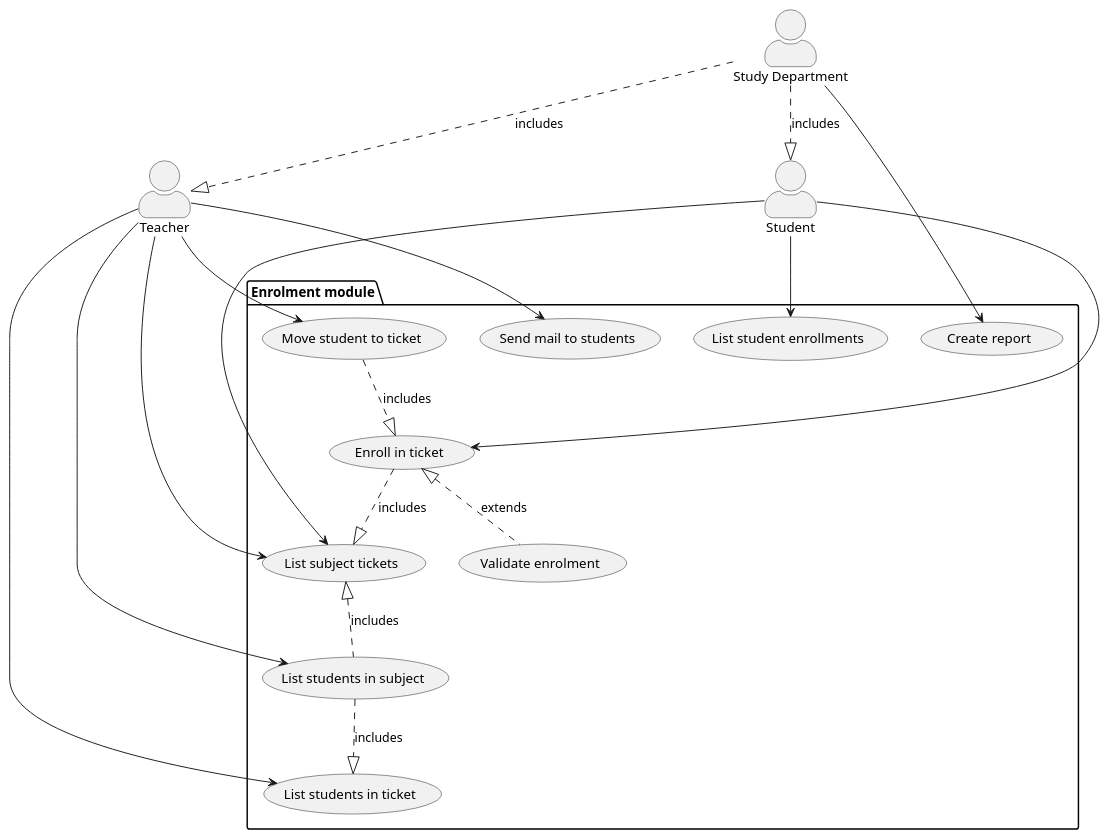
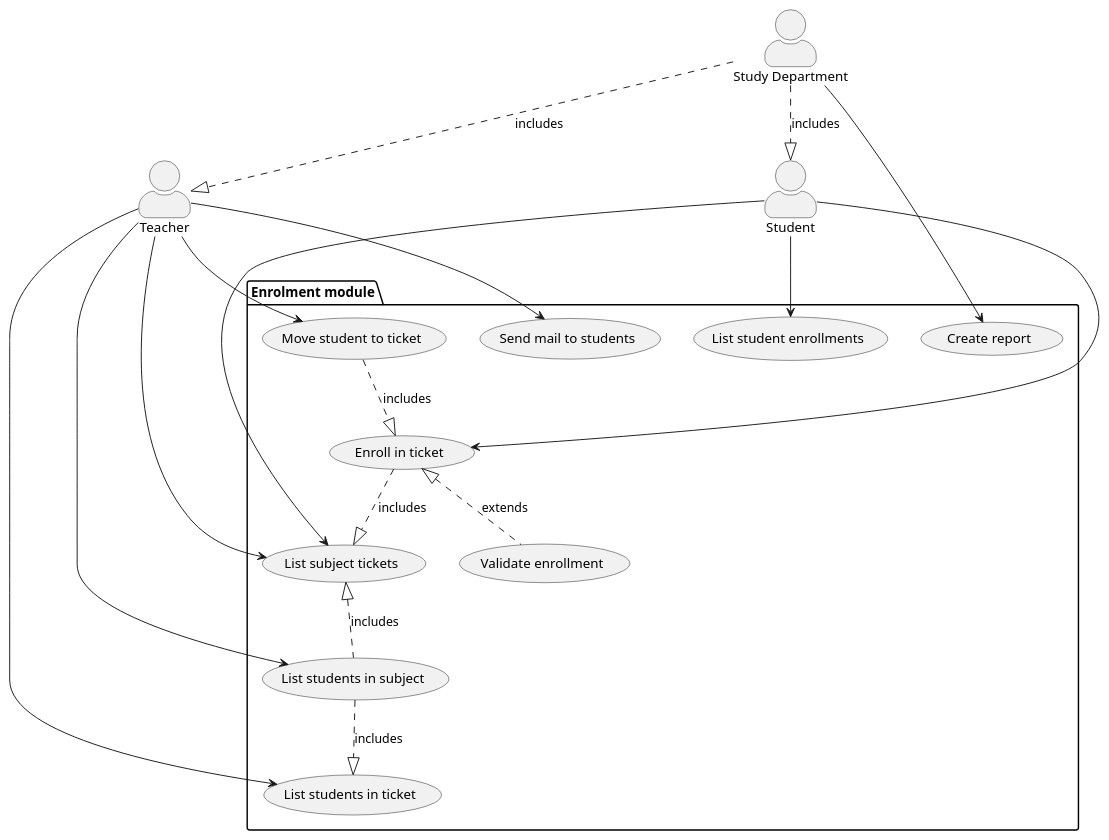
Before and after one commit to viktor-bujko/nswi041_enrollments_module: the diagram in cvicenie_1.md, drawn with PlantUML. The commit also changed other lines of this file, not shown here.

Commit message:
Rewritten use cases in english and made them acording to created diagram.

````diff
--- a/cvicenie_1.md
+++ b/cvicenie_1.md
@@ -61,46 +88,46 @@
 ```plantuml
 @startuml
 'left to right direction
 skinparam actorStyle awesome
 actor "Student" as student
 actor "Teacher" as teacher
 actor "Study Department" as studyDep
 
 package "Enrolment module" as EnrolmentModule {
   usecase "Enroll in ticket" as Enroll
   usecase "List student enrollments" as ListEnrollments
   usecase "List subject tickets" as ListSubjectTickets
   usecase "List students in ticket" as ListTicketStudents
   usecase "List students in subject" as ListSubjectStudents
   usecase "Move student to ticket" as MoveStudent
   usecase "Send mail to students" as SendMails
   usecase "Create report" as CreateReport
-  usecase "Validate enrolment" as Validate
+  usecase "Validate enrollment" as Validate
 }
 ' Extentions of use-cases
 Enroll <|.. Validate : extends
 Enroll ..|> ListSubjectTickets : includes
 MoveStudent ..|> Enroll : includes
 ListSubjectStudents ..|> ListTicketStudents : includes
 ListSubjectTickets <|.. ListSubjectStudents : includes
 
 
 ' Extentions of actors
 studyDep ..|> student : includes
 studyDep ..|> teacher : includes
 
 
 student --> Enroll
 student --> ListEnrollments
 student --> ListSubjectTickets
 
 teacher --> MoveStudent
 teacher --> ListSubjectStudents
 teacher --> SendMails
 teacher --> ListTicketStudents
 teacher --> ListSubjectTickets
 
 studyDep --> CreateReport
 
 @enduml
 ```
````
